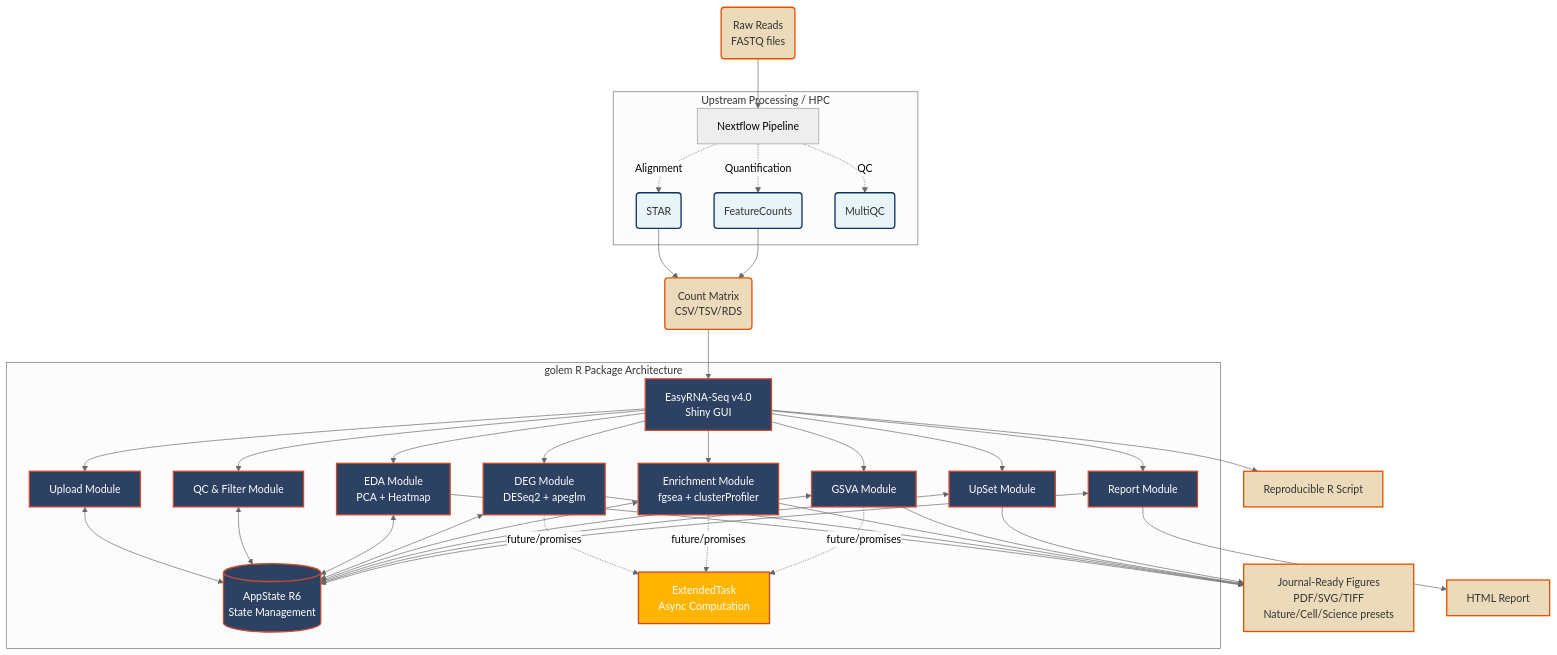
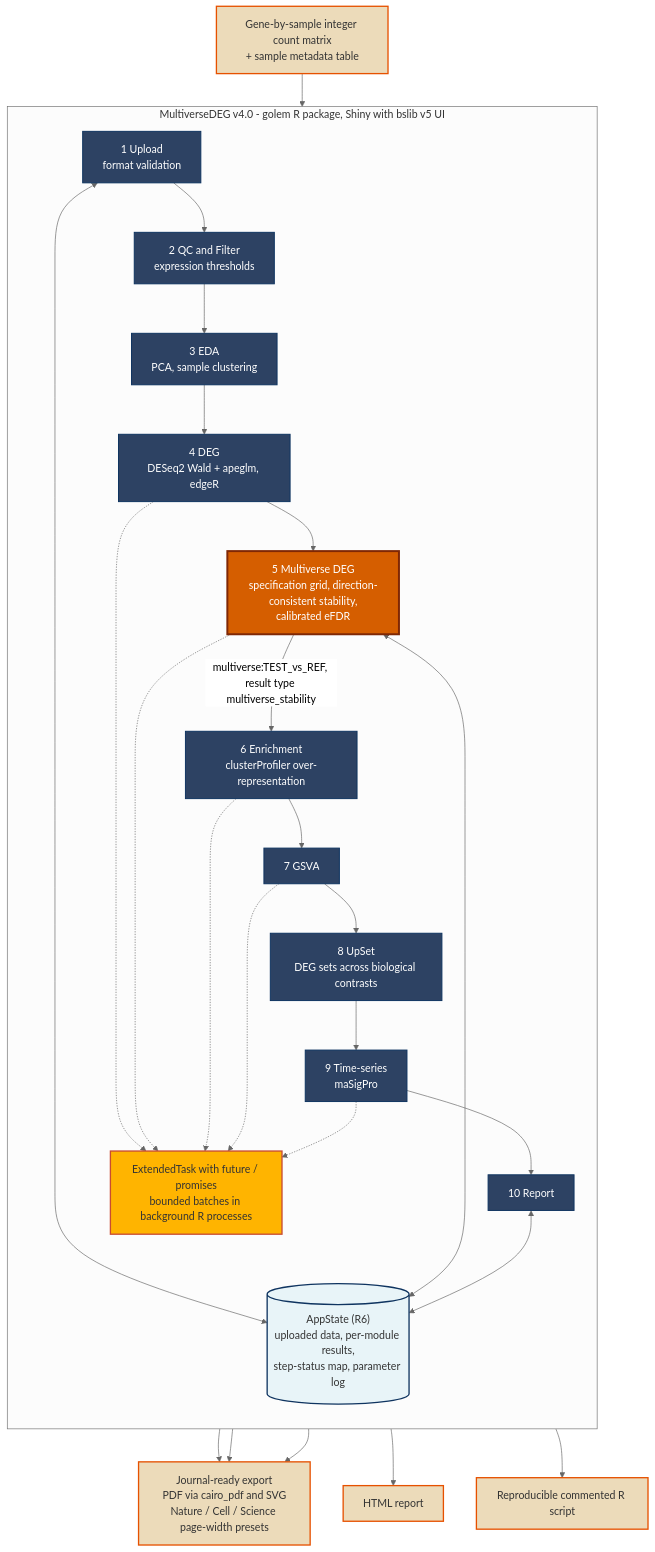
The diagram in manuscript_fig1.mmd (amufaamo/toll_rnaseq), drawn with Mermaid (neutral theme) before and after one commit. The commit also changed 12 other files, not shown here.

```diff
--- a/manuscript_fig1.mmd
+++ b/manuscript_fig1.mmd
@@ -1,48 +1,46 @@
 graph TD
-    classDef mainApp fill:#2d4263,stroke:#c84b31,stroke-width:2px,color:#fff;
-    classDef async fill:#ffb400,stroke:#c84b31,stroke-width:2px,color:#fff;
-    classDef data fill:#ecdbba,stroke:#e65100,stroke-width:2px,color:#333;
-    classDef backend fill:#e8f4f8,stroke:#0f3460,stroke-width:2px,color:#333;
-    
-    A1(Raw Reads<br>FASTQ files):::data --> N[Nextflow Pipeline]
-    
-    subgraph Upstream [Upstream Processing / HPC]
-        N -.->|Alignment| N1(STAR):::backend
-        N -.->|Quantification| N2(FeatureCounts):::backend
-        N -.->|QC| N3(MultiQC):::backend
+    classDef input fill:#ecdbba,stroke:#e65100,stroke-width:2px,color:#333;
+    classDef module fill:#2d4263,stroke:#0f3460,stroke-width:1.5px,color:#fff;
+    classDef mv fill:#d55e00,stroke:#7f2704,stroke-width:3px,color:#fff;
+    classDef state fill:#e8f4f8,stroke:#0f3460,stroke-width:2px,color:#333;
+    classDef async fill:#ffb400,stroke:#c84b31,stroke-width:2px,color:#333;
+    classDef output fill:#ecdbba,stroke:#e65100,stroke-width:2px,color:#333;
+
+    IN["Gene-by-sample integer count matrix<br/>+ sample metadata table"]:::input --> M1
+
+    subgraph APP["MultiverseDEG v4.0 - golem R package, Shiny with bslib v5 UI"]
+        direction TB
+        M1["1 Upload<br/>format validation"]:::module
+        M2["2 QC and Filter<br/>expression thresholds"]:::module
+        M3["3 EDA<br/>PCA, sample clustering"]:::module
+        M4["4 DEG<br/>DESeq2 Wald + apeglm, edgeR"]:::module
+        M5["5 Multiverse DEG<br/>specification grid, direction-consistent stability,<br/>calibrated eFDR"]:::mv
+        M6["6 Enrichment<br/>clusterProfiler over-representation"]:::module
+        M7["7 GSVA"]:::module
+        M8["8 UpSet<br/>DEG sets across biological contrasts"]:::module
+        M9["9 Time-series<br/>maSigPro"]:::module
+        M10["10 Report"]:::module
+
+        M1 --> M2 --> M3 --> M4 --> M5
+        M5 -->|"multiverse:TEST_vs_REF, result type multiverse_stability"| M6
+        M6 --> M7 --> M8 --> M9 --> M10
+
+        STATE[("AppState (R6)<br/>uploaded data, per-module results,<br/>step-status map, parameter log")]:::state
+        M1 <--> STATE
+        M5 <--> STATE
+        M10 <--> STATE
+
+        ASYNC["ExtendedTask with future / promises<br/>bounded batches in background R processes"]:::async
+        M4 -.-> ASYNC
+        M5 -.-> ASYNC
+        M6 -.-> ASYNC
+        M7 -.-> ASYNC
+        M9 -.-> ASYNC
     end
-    
-    N1 & N2 --> A2(Count Matrix<br>CSV/TSV/RDS):::data
-    A2 --> App[EasyRNA-Seq v4.0<br>Shiny GUI]:::mainApp
-    
-    subgraph "golem R Package Architecture"
-        AppState[(AppState R6<br>State Management)]:::mainApp
-        
-        App --> Upload[Upload Module]
-        App --> QC[QC & Filter Module]
-        App --> EDA[EDA Module<br>PCA + Heatmap]
-        App --> DEG[DEG Module<br>DESeq2 + apeglm]
-        App --> Enrich[Enrichment Module<br>fgsea + clusterProfiler]
-        App --> GSVA[GSVA Module]
-        App --> UpSet[UpSet Module]
-        App --> Report[Report Module]
-        
-        Upload <--> AppState
-        QC <--> AppState
-        EDA <--> AppState
-        DEG <--> AppState
-        Enrich <--> AppState
-        GSVA <--> AppState
-        UpSet <--> AppState
-        Report <--> AppState
-        
-        DEG -.->|future/promises| Async[ExtendedTask<br>Async Computation]:::async
-        Enrich -.->|future/promises| Async
-        GSVA -.->|future/promises| Async
-    end
-    
-    EDA & DEG & Enrich & GSVA & UpSet --> Export[Journal-Ready Figures<br>PDF/SVG/TIFF<br>Nature/Cell/Science presets]:::data
-    Report --> HTML[HTML Report]:::data
-    App --> Script[Reproducible R Script]:::data
-    
-    class AppState,Upload,QC,EDA,DEG,Enrich,GSVA,UpSet,Report mainApp;
+
+    M3 --> EXPORT
+    M5 --> EXPORT
+    M6 --> EXPORT
+    EXPORT["Journal-ready export<br/>PDF via cairo_pdf and SVG<br/>Nature / Cell / Science page-width presets"]:::output
+    M10 --> HTML["HTML report"]:::output
+    STATE --> SCRIPT["Reproducible commented R script"]:::output
```
